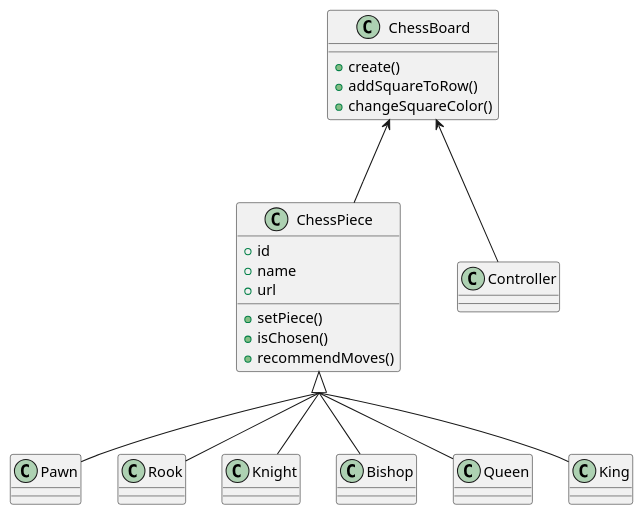
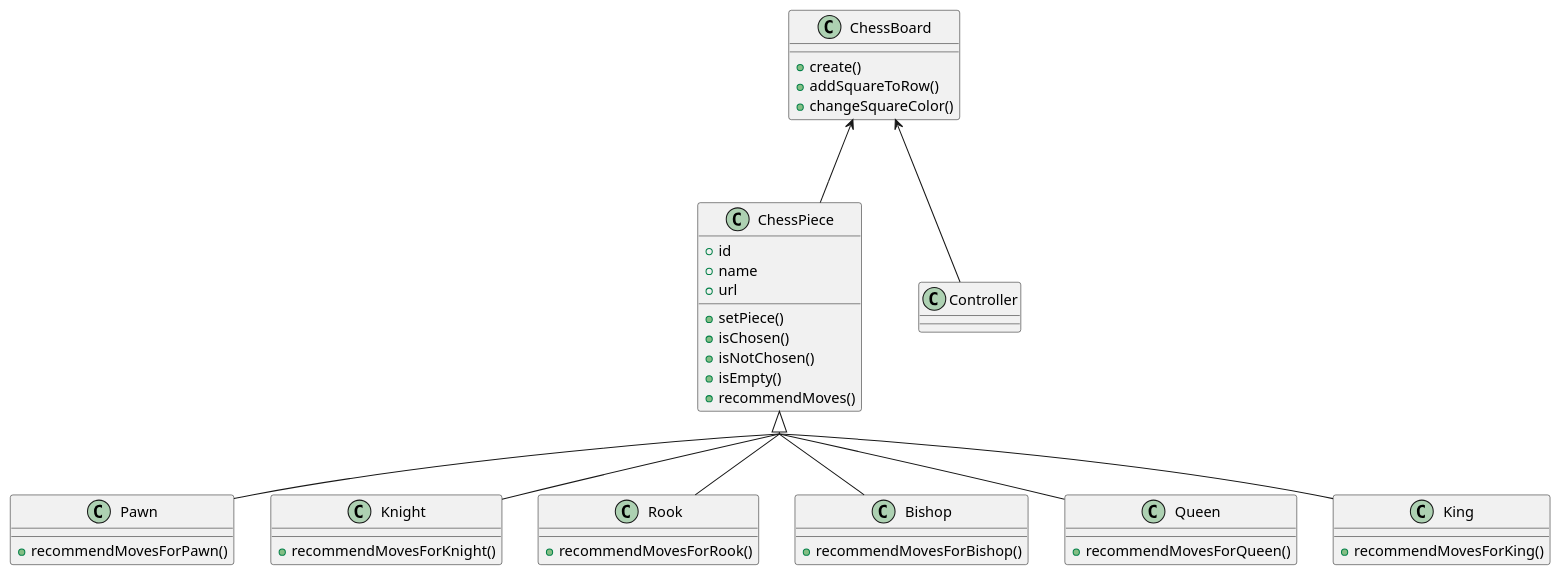
Before and after one commit to BachDi/chess_game: the diagram in UML/ClassDiagram.plantuml, drawn with PlantUML. The commit also changed 1 other file, not shown here.

Commit message:
update uml

```diff
--- a/UML/ClassDiagram.plantuml
+++ b/UML/ClassDiagram.plantuml
@@ -1,24 +1,45 @@
 @startuml ChessBoard
 skinparam groupInheritance 2
 class ChessBoard {
     + create()
     + addSquareToRow()
     + changeSquareColor()
 }
-ChessBoard <-- ChessPiece
-ChessBoard <-- Controller
 class ChessPiece {
     + id
     + name 
     + url 
     + setPiece() 
     + isChosen() 
+    + isNotChosen()
+    + isEmpty()
     + recommendMoves() 
 }
+class Pawn {
+    + recommendMovesForPawn()
+}
+class Knight {
+    + recommendMovesForKnight()
+}
+class Rook {
+    + recommendMovesForRook()
+}
+class Bishop {
+    + recommendMovesForBishop()
+}
+class Queen {
+    + recommendMovesForQueen()
+}
+class King {
+    + recommendMovesForKing()
+}
+
+ChessBoard <-- ChessPiece
+ChessBoard <-- Controller
 ChessPiece <|-- Pawn 
 ChessPiece <|-- Rook 
 ChessPiece <|-- Knight 
 ChessPiece <|-- Bishop 
 ChessPiece <|-- Queen  
 ChessPiece <|-- King 
 @enduml
```
